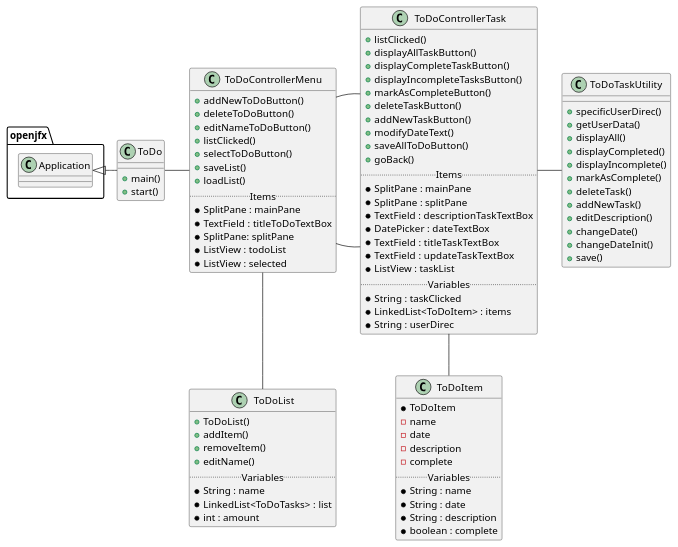
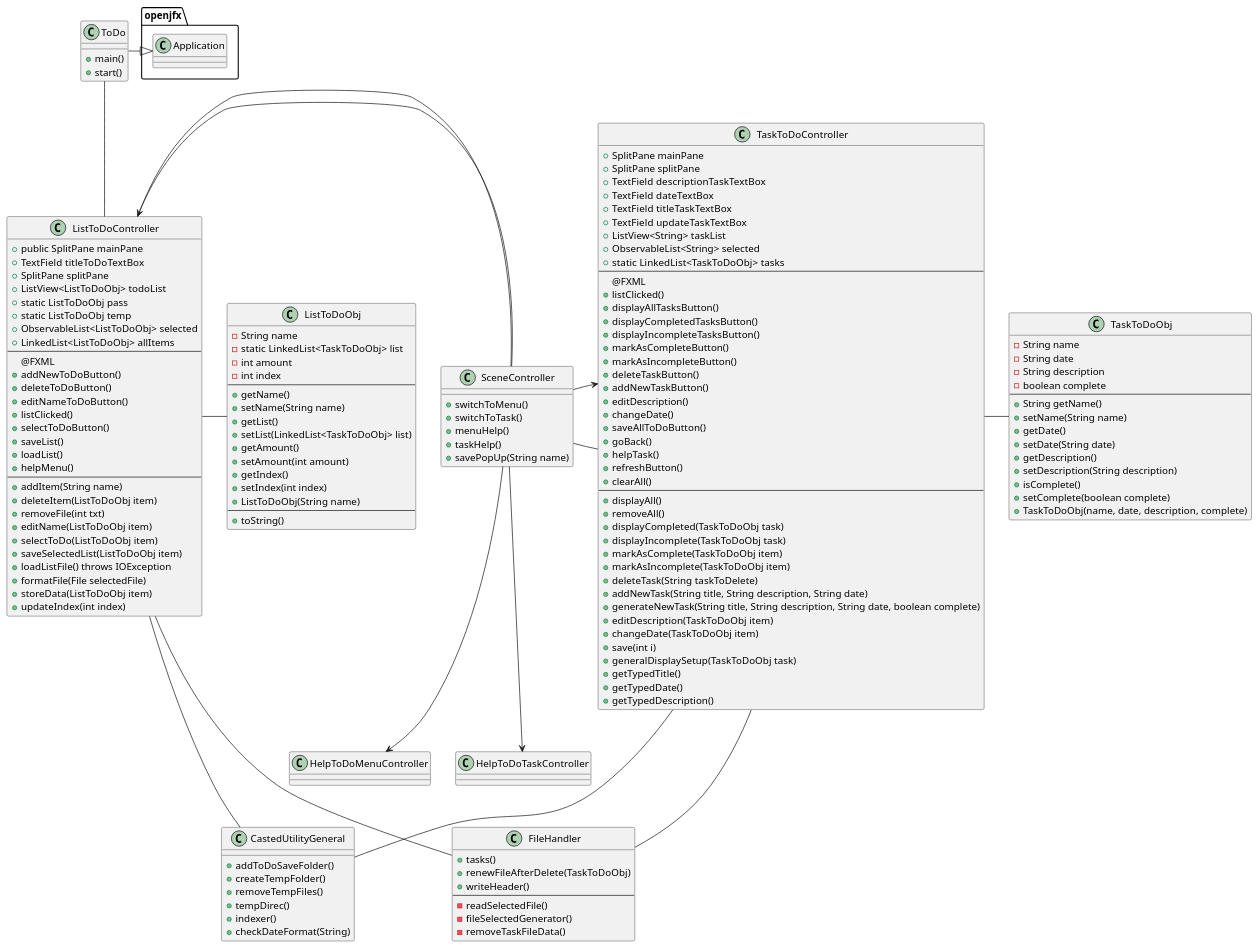
Before and after one commit to dark-r00t/OOP_TODO_GUI: the diagram in uml/ToDoPUML.puml, drawn with PlantUML. The commit also changed 7 other files, not shown here.

```diff
--- a/uml/ToDoPUML.puml
+++ b/uml/ToDoPUML.puml
@@ -1,99 +1,174 @@
 @startuml
 
 class ToDo {
     + main()
     + start()
 }
 
-class ToDoControllerMenu {
+class CastedUtilityGeneral {
+    + addToDoSaveFolder()
+    + createTempFolder()
+    + removeTempFiles()
+    + tempDirec()
+    + indexer()
+    + checkDateFormat(String)
+}
+
+class FileHandler {
+    + tasks()
+    + renewFileAfterDelete(TaskToDoObj)
+    + writeHeader()
+    --
+    - readSelectedFile()
+    - fileSelectedGenerator()
+    - removeTaskFileData()
+}
+
+class HelpToDoMenuController {
+}
+
+class HelpToDoTaskController {
+}
+
+class ListToDoController {
+    + public SplitPane mainPane
+    + TextField titleToDoTextBox
+    + SplitPane splitPane
+    + ListView<ListToDoObj> todoList
+    + static ListToDoObj pass
+    + static ListToDoObj temp
+    + ObservableList<ListToDoObj> selected
+    + LinkedList<ListToDoObj> allItems
+    --
+    @FXML
     + addNewToDoButton()
     + deleteToDoButton()
     + editNameToDoButton()
     + listClicked()
     + selectToDoButton()
     + saveList()
     + loadList()
-    ..Items..
-    * SplitPane : mainPane
-    * TextField : titleToDoTextBox
-    * SplitPane: splitPane
-    * ListView : todoList
-    * ListView : selected
+    + helpMenu()
+    --
+    + addItem(String name)
+    + deleteItem(ListToDoObj item)
+    + removeFile(int txt)
+    + editName(ListToDoObj item)
+    + selectToDo(ListToDoObj item)
+    + saveSelectedList(ListToDoObj item)
+    + loadListFile() throws IOException
+    + formatFile(File selectedFile)
+    + storeData(ListToDoObj item)
+    + updateIndex(int index)
 }
 
-class ToDoList {
-    + ToDoList()
-    + addItem()
-    + removeItem()
-    + editName()
-    ..Variables..
-    * String : name
-    * LinkedList<ToDoTasks> : list
-    * int : amount
+class ListToDoObj {
+    - String name
+    - static LinkedList<TaskToDoObj> list
+    - int amount
+    - int index
+    --
+    + getName()
+    + setName(String name)
+    + getList()
+    + setList(LinkedList<TaskToDoObj> list)
+    + getAmount()
+    + setAmount(int amount)
+    + getIndex()
+    + setIndex(int index)
+    + ListToDoObj(String name)
+    --
+    + toString()
 }
 
-class ToDoControllerTask {
+class SceneController {
+    + switchToMenu()
+    + switchToTask()
+    + menuHelp()
+    + taskHelp()
+    + savePopUp(String name)
+}
+
+class TaskToDoController {
+    + SplitPane mainPane
+    + SplitPane splitPane
+    + TextField descriptionTaskTextBox
+    + TextField dateTextBox
+    + TextField titleTaskTextBox
+    + TextField updateTaskTextBox
+    + ListView<String> taskList
+    + ObservableList<String> selected
+    + static LinkedList<TaskToDoObj> tasks
+    --
+    @FXML
     + listClicked()
-    + displayAllTaskButton()
-    + displayCompleteTaskButton()
+    + displayAllTasksButton()
+    + displayCompletedTasksButton()
     + displayIncompleteTasksButton()
     + markAsCompleteButton()
+    + markAsIncompleteButton()
     + deleteTaskButton()
     + addNewTaskButton()
-    + modifyDateText()
+    + editDescription()
+    + changeDate()
     + saveAllToDoButton()
     + goBack()
-    ..Items..
-    * SplitPane : mainPane
-    * SplitPane : splitPane
-    * TextField : descriptionTaskTextBox
-    * DatePicker : dateTextBox
-    * TextField : titleTaskTextBox
-    * TextField : updateTaskTextBox
-    * ListView : taskList
-    ..Variables..
-    * String : taskClicked
-    * LinkedList<ToDoItem> : items
-    * String : userDirec
+    + helpTask()
+    + refreshButton()
+    + clearAll()
+    --
+    + displayAll()
+    + removeAll()
+    + displayCompleted(TaskToDoObj task)
+    + displayIncomplete(TaskToDoObj task)
+    + markAsComplete(TaskToDoObj item)
+    + markAsIncomplete(TaskToDoObj item)
+    + deleteTask(String taskToDelete)
+    + addNewTask(String title, String description, String date)
+    + generateNewTask(String title, String description, String date, boolean complete)
+    + editDescription(TaskToDoObj item)
+    + changeDate(TaskToDoObj item)
+    + save(int i)
+    + generalDisplaySetup(TaskToDoObj task)
+    + getTypedTitle()
+    + getTypedDate()
+    + getTypedDescription()
 }
 
-class ToDoTaskUtility {
-    + specificUserDirec()
-    + getUserData()
-    + displayAll()
-    + displayCompleted()
-    + displayIncomplete()
-    + markAsComplete()
-    + deleteTask()
-    + addNewTask()
-    + editDescription()
-    + changeDate()
-    + changeDateInit()
-    + save()
+class TaskToDoObj {
+    - String name
+    - String date
+    - String description
+    - boolean complete
+    --
+    + String getName()
+    + setName(String name)
+    + getDate()
+    + setDate(String date)
+    + getDescription()
+    + setDescription(String description)
+    + isComplete()
+    + setComplete(boolean complete)
+    + TaskToDoObj(name, date, description, complete)
 }
 
-class ToDoItem {
-    * ToDoItem
-    - name
-    - date
-    - description
-    - complete
-    ..Variables..
-    * String : name
-    * String : date
-    * String : description
-    * boolean : complete
-}
+ToDo -|> openjfx.Application
 
-openjfx.Application <|- ToDo
+ToDo -- ListToDoController
+ListToDoController --- FileHandler
+ListToDoController --- CastedUtilityGeneral
+ListToDoController - ListToDoObj
 
-ToDo - ToDoControllerMenu
+TaskToDoController --- FileHandler
+TaskToDoController --- CastedUtilityGeneral
+TaskToDoController - TaskToDoObj
 
-ToDoControllerMenu - ToDoControllerTask
-ToDoControllerMenu -- ToDoList
+ListToDoController - SceneController
+TaskToDoController - SceneController
 
-ToDoControllerTask - ToDoControllerMenu
-ToDoControllerTask -- ToDoItem
-ToDoControllerTask - ToDoTaskUtility
+SceneController --> ListToDoController
+SceneController --> TaskToDoController
+SceneController --> HelpToDoMenuController
+SceneController --> HelpToDoTaskController
 
 @enduml
```
